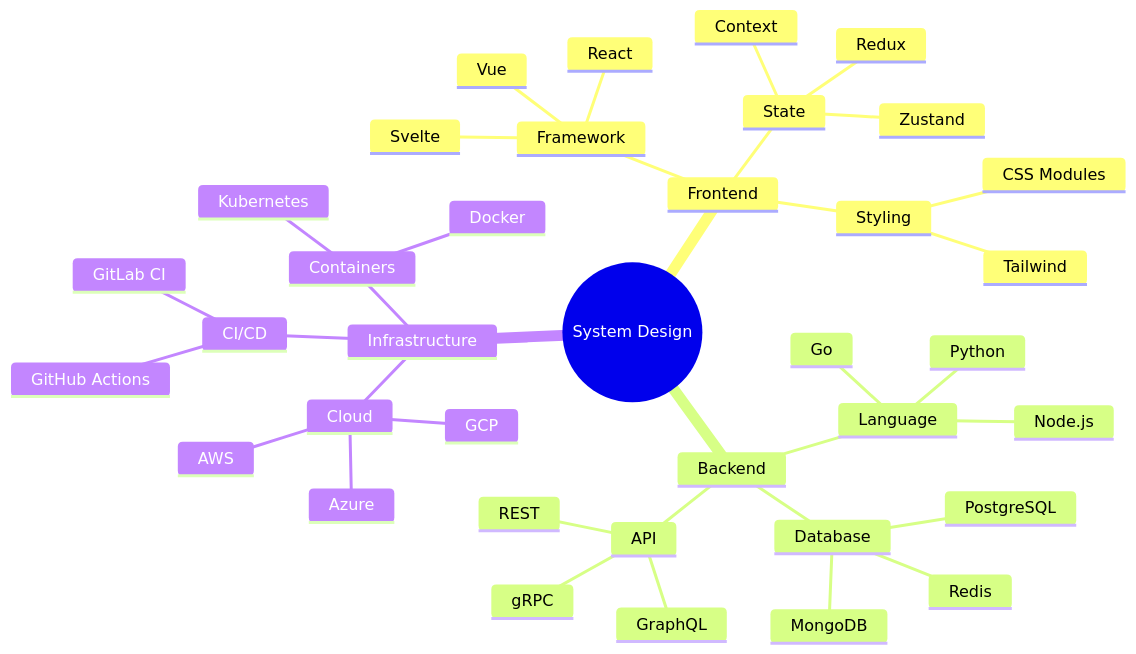
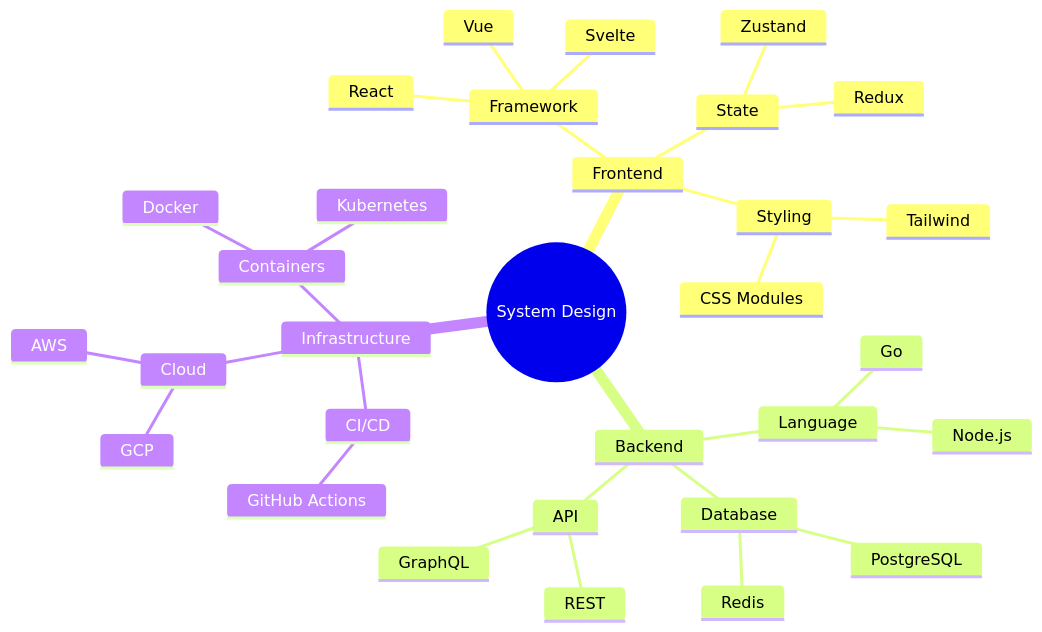
Before and after one commit to marcusquinn/aidevops: the tenth of 12 diagrams in .agents/tools/diagrams/mermaid-diagrams-skill/references/DATA-CHARTS.md, drawn with Mermaid. The commit also changed other lines of this file and 3 other files, not shown here.

First line of the commit message:
chore: tighten agent docs peekaboo, postflight, DATA-CHARTS, tail-workers

````diff
--- a/.agents/tools/diagrams/mermaid-diagrams-skill/references/DATA-CHARTS.md
+++ b/.agents/tools/diagrams/mermaid-diagrams-skill/references/DATA-CHARTS.md
@@ -532,40 +223,34 @@
 ```mermaid
 mindmap
     root((System Design))
         Frontend
             Framework
                 React
                 Vue
                 Svelte
             State
                 Redux
                 Zustand
-                Context
             Styling
                 Tailwind
                 CSS Modules
         Backend
             Language
                 Node.js
                 Go
-                Python
             Database
                 PostgreSQL
-                MongoDB
                 Redis
             API
                 REST
                 GraphQL
-                gRPC
         Infrastructure
             Cloud
                 AWS
                 GCP
-                Azure
             Containers
                 Docker
                 Kubernetes
             CI/CD
                 GitHub Actions
-                GitLab CI
 ```
````
